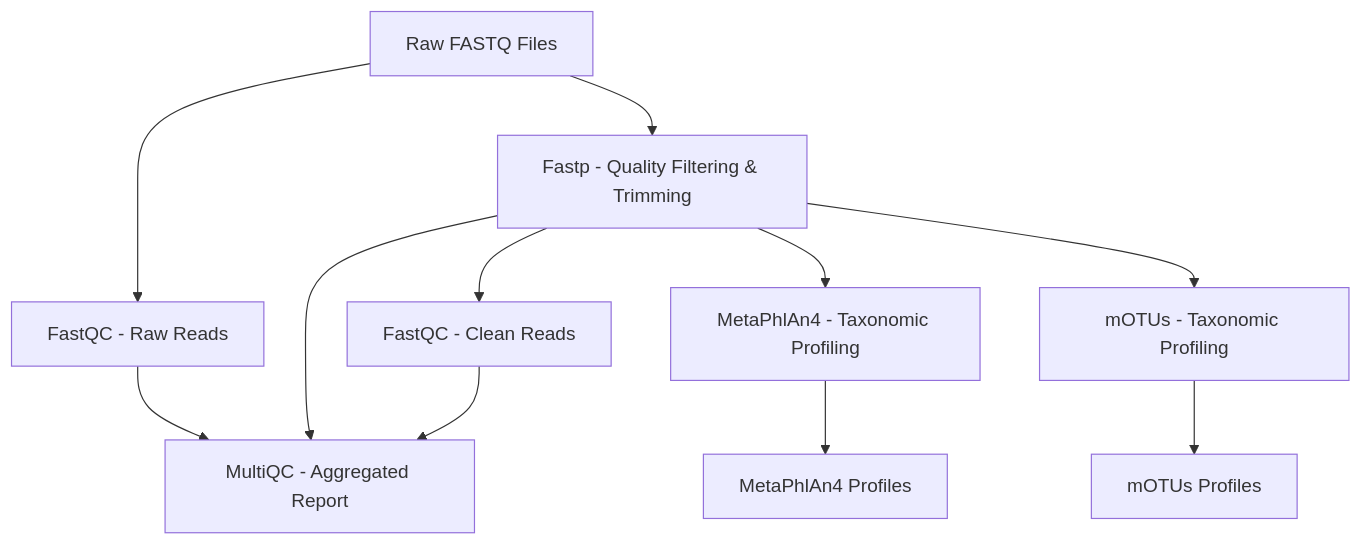
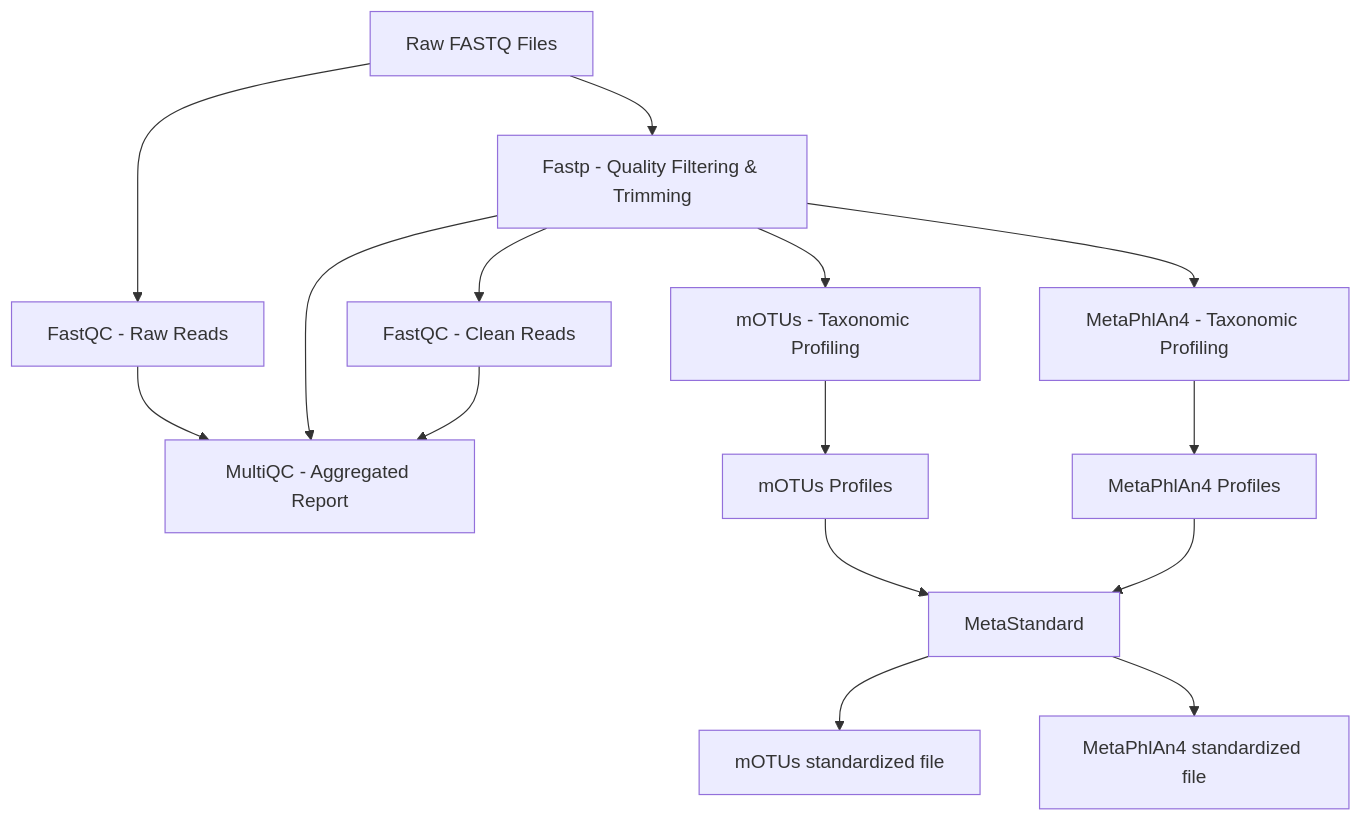
One commit to aponsero/nf-Infogut-WGS changed the diagram in README.md. Above: the diagram before and after it, drawn with Mermaid. The commit also changed other lines of this file and 17 other files, not shown here.

````diff
--- a/README.md
+++ b/README.md
@@ -17,13 +23,17 @@
 ```mermaid
 graph TD
     A[Raw FASTQ Files] --> B[FastQC - Raw Reads]
     A --> C[Fastp - Quality Filtering & Trimming]
     C --> D[FastQC - Clean Reads]
     C --> E[MetaPhlAn4 - Taxonomic Profiling]
     C --> F[mOTUs - Taxonomic Profiling]
     B --> G[MultiQC - Aggregated Report]
     C --> G
     D --> G
     E --> H[MetaPhlAn4 Profiles]
     F --> I[mOTUs Profiles]
+    I --> X[MetaStandard]
+    H --> X[MetaStandard]
+    X --> Y[mOTUs standardized file]
+    X --> Z[MetaPhlAn4 standardized file]
 ```
````
